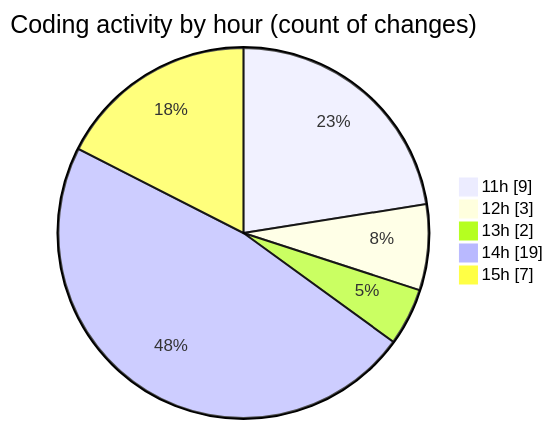
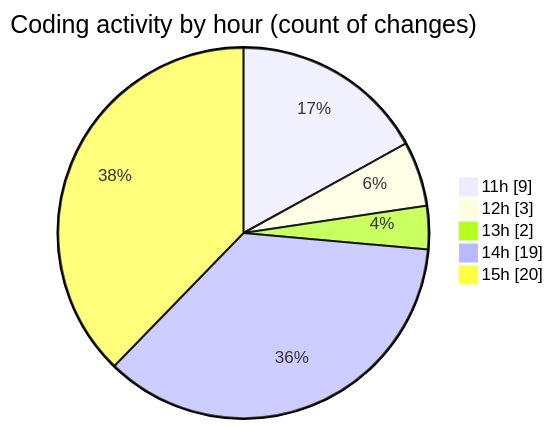
The second of 2 diagrams in 2025-01-21/monteur_automatique/README.md (CELIANVF/code-tracking), drawn with Mermaid before and after one commit. The commit also changed other lines of this file and 1 other file, not shown here.

````diff
--- a/2025-01-21/monteur_automatique/README.md
+++ b/2025-01-21/monteur_automatique/README.md
@@ -32,9 +32,9 @@
 ```mermaid
 pie showData
 title Coding activity by hour (count of changes)
 "11h" : 9
 "12h" : 3
 "13h" : 2
 "14h" : 19
-"15h" : 7
+"15h" : 20
 ```
````
